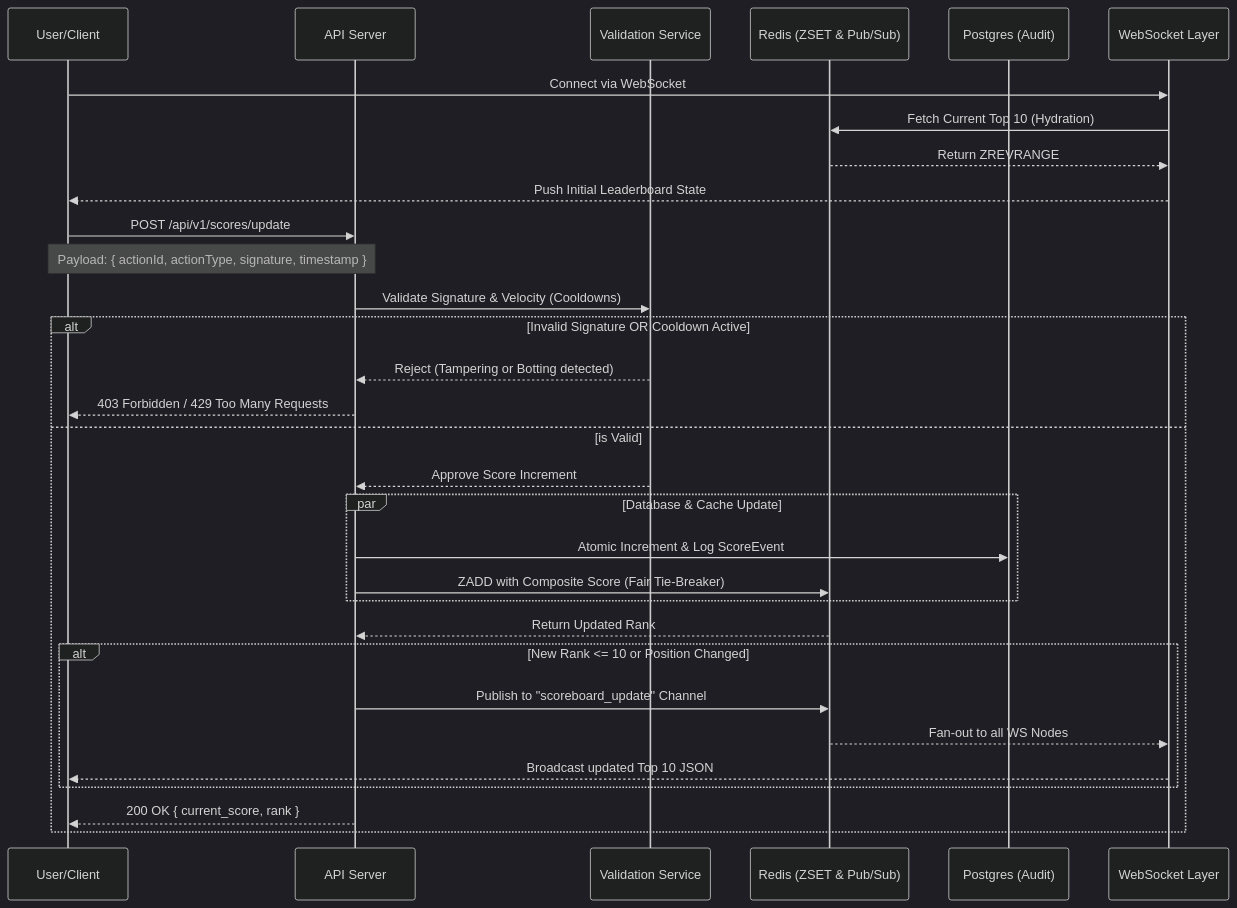
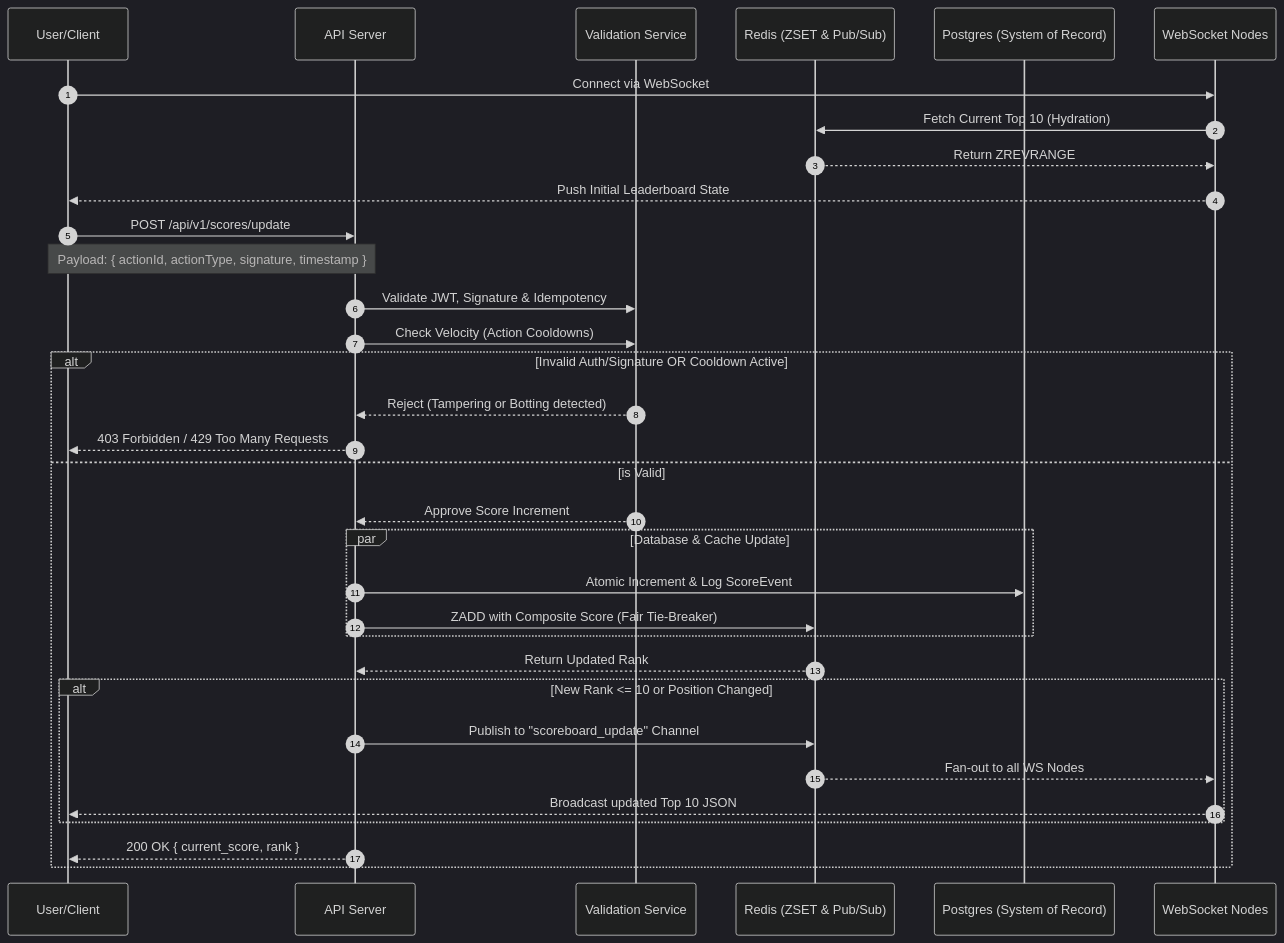
One commit to TruongCongTri/99tech-code-challenge changed the third of 3 diagrams in src/problem6/README.md. Above: the diagram before and after it, drawn with Mermaid (dark theme). The commit also changed other lines of this file and 2 other files, not shown here.

````diff
--- a/src/problem6/README.md
+++ b/src/problem6/README.md
@@ -83,43 +287,45 @@
 ```mermaid
 sequenceDiagram
+    autonumber
     participant U as User/Client
     participant A as API Server
     participant V as Validation Service
     participant R as Redis (ZSET & Pub/Sub)
-    participant DB as Postgres (Audit)
-    participant WS as WebSocket Layer
+    participant DB as Postgres (System of Record)
+    participant WS as WebSocket Nodes
 
     %% Connection Phase
     U->>WS: Connect via WebSocket
     WS->>R: Fetch Current Top 10 (Hydration)
     R-->>WS: Return ZREVRANGE
     WS-->>U: Push Initial Leaderboard State
 
     %% Action Phase
     U->>A: POST /api/v1/scores/update
     Note over U,A: Payload: { actionId, actionType, signature, timestamp }
 
-    A->>V: Validate Signature & Velocity (Cooldowns)
+    A->>V: Validate JWT, Signature & Idempotency
+    A->>V: Check Velocity (Action Cooldowns)
     
-    alt Invalid Signature OR Cooldown Active
+    alt Invalid Auth/Signature OR Cooldown Active
         V-->>A: Reject (Tampering or Botting detected)
         A-->>U: 403 Forbidden / 429 Too Many Requests
     else is Valid
         V-->>A: Approve Score Increment
         
         par Database & Cache Update
             A->>DB: Atomic Increment & Log ScoreEvent
             A->>R: ZADD with Composite Score (Fair Tie-Breaker)
         end
         
         R-->>A: Return Updated Rank
         
         alt New Rank <= 10 or Position Changed
             A->>R: Publish to "scoreboard_update" Channel
             R-->>WS: Fan-out to all WS Nodes
             WS-->>U: Broadcast updated Top 10 JSON
         end
         
         A-->>U: 200 OK { current_score, rank }
     end
 ```
````
